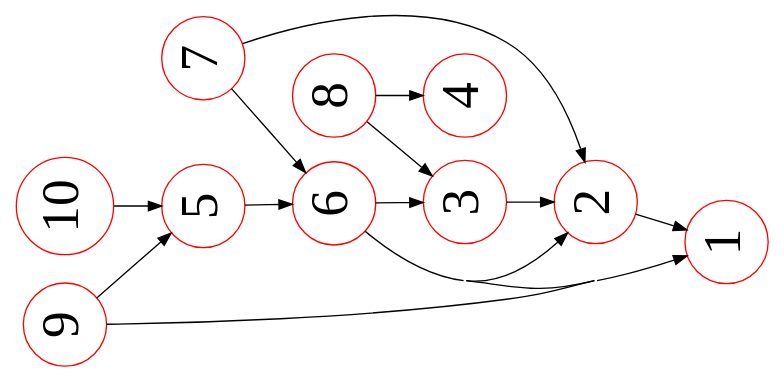
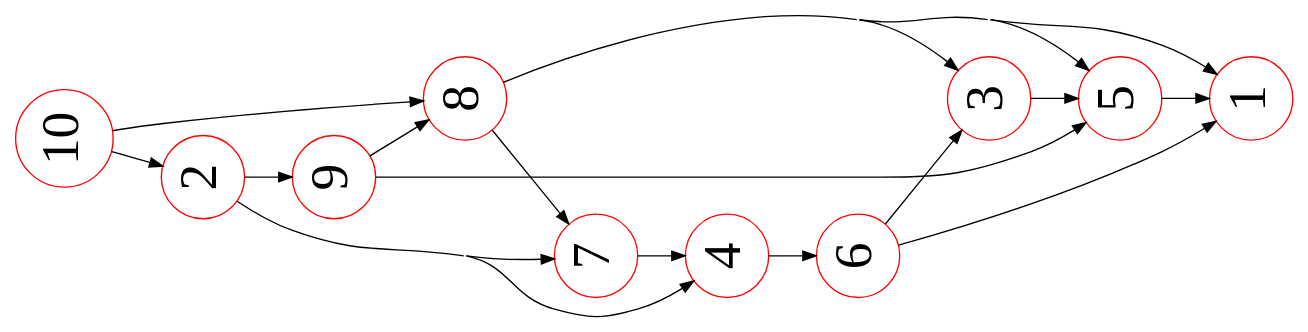
The diagram in src/bsp.dot (tragisch/WeightedNetwork), drawn with Graphviz before and after one commit. The commit also changed 14 other files, not shown here.

Commit message:
bugfixes + using ShowGraphviz.jl for visualiation.

```diff
--- a/src/bsp.dot
+++ b/src/bsp.dot
@@ -1,79 +1,33 @@
 digraph graphname {
-landscape=true;
+ landscape=true;
  center=1;
  concentrate=true;
  
  1 [shape=circle,color=red,height=0.05,fontsize=40,margin=0,width=0.05];
- 1 [shape=circle,color=red,height=0.05,fontsize=40,margin=0,width=0.05];
- 1 [shape=circle,color=red,height=0.05,fontsize=40,margin=0,width=0.05];
- 1 [shape=circle,color=red,height=0.05,fontsize=40,margin=0,width=0.05];
- 1 [shape=circle,color=red,height=0.05,fontsize=40,margin=0,width=0.05];
- 1 [shape=circle,color=red,height=0.05,fontsize=40,margin=0,width=0.05];
- 2 [shape=circle,color=red,height=0.05,fontsize=40,margin=0,width=0.05];
- 2 [shape=circle,color=red,height=0.05,fontsize=40,margin=0,width=0.05];
- 2 [shape=circle,color=red,height=0.05,fontsize=40,margin=0,width=0.05];
- 2 [shape=circle,color=red,height=0.05,fontsize=40,margin=0,width=0.05];
- 2 [shape=circle,color=red,height=0.05,fontsize=40,margin=0,width=0.05];
  2 [shape=circle,color=red,height=0.05,fontsize=40,margin=0,width=0.05];
  3 [shape=circle,color=red,height=0.05,fontsize=40,margin=0,width=0.05];
- 3 [shape=circle,color=red,height=0.05,fontsize=40,margin=0,width=0.05];
- 3 [shape=circle,color=red,height=0.05,fontsize=40,margin=0,width=0.05];
- 3 [shape=circle,color=red,height=0.05,fontsize=40,margin=0,width=0.05];
- 3 [shape=circle,color=red,height=0.05,fontsize=40,margin=0,width=0.05];
- 3 [shape=circle,color=red,height=0.05,fontsize=40,margin=0,width=0.05];
- 4 [shape=circle,color=red,height=0.05,fontsize=40,margin=0,width=0.05];
- 4 [shape=circle,color=red,height=0.05,fontsize=40,margin=0,width=0.05];
- 4 [shape=circle,color=red,height=0.05,fontsize=40,margin=0,width=0.05];
- 4 [shape=circle,color=red,height=0.05,fontsize=40,margin=0,width=0.05];
- 4 [shape=circle,color=red,height=0.05,fontsize=40,margin=0,width=0.05];
  4 [shape=circle,color=red,height=0.05,fontsize=40,margin=0,width=0.05];
  5 [shape=circle,color=red,height=0.05,fontsize=40,margin=0,width=0.05];
- 5 [shape=circle,color=red,height=0.05,fontsize=40,margin=0,width=0.05];
- 5 [shape=circle,color=red,height=0.05,fontsize=40,margin=0,width=0.05];
- 5 [shape=circle,color=red,height=0.05,fontsize=40,margin=0,width=0.05];
- 5 [shape=circle,color=red,height=0.05,fontsize=40,margin=0,width=0.05];
- 5 [shape=circle,color=red,height=0.05,fontsize=40,margin=0,width=0.05];
- 6 [shape=circle,color=red,height=0.05,fontsize=40,margin=0,width=0.05];
- 6 [shape=circle,color=red,height=0.05,fontsize=40,margin=0,width=0.05];
- 6 [shape=circle,color=red,height=0.05,fontsize=40,margin=0,width=0.05];
- 6 [shape=circle,color=red,height=0.05,fontsize=40,margin=0,width=0.05];
- 6 [shape=circle,color=red,height=0.05,fontsize=40,margin=0,width=0.05];
  6 [shape=circle,color=red,height=0.05,fontsize=40,margin=0,width=0.05];
  7 [shape=circle,color=red,height=0.05,fontsize=40,margin=0,width=0.05];
- 7 [shape=circle,color=red,height=0.05,fontsize=40,margin=0,width=0.05];
- 7 [shape=circle,color=red,height=0.05,fontsize=40,margin=0,width=0.05];
- 7 [shape=circle,color=red,height=0.05,fontsize=40,margin=0,width=0.05];
- 7 [shape=circle,color=red,height=0.05,fontsize=40,margin=0,width=0.05];
- 7 [shape=circle,color=red,height=0.05,fontsize=40,margin=0,width=0.05];
- 8 [shape=circle,color=red,height=0.05,fontsize=40,margin=0,width=0.05];
- 8 [shape=circle,color=red,height=0.05,fontsize=40,margin=0,width=0.05];
- 8 [shape=circle,color=red,height=0.05,fontsize=40,margin=0,width=0.05];
- 8 [shape=circle,color=red,height=0.05,fontsize=40,margin=0,width=0.05];
- 8 [shape=circle,color=red,height=0.05,fontsize=40,margin=0,width=0.05];
  8 [shape=circle,color=red,height=0.05,fontsize=40,margin=0,width=0.05];
  9 [shape=circle,color=red,height=0.05,fontsize=40,margin=0,width=0.05];
- 9 [shape=circle,color=red,height=0.05,fontsize=40,margin=0,width=0.05];
- 9 [shape=circle,color=red,height=0.05,fontsize=40,margin=0,width=0.05];
- 9 [shape=circle,color=red,height=0.05,fontsize=40,margin=0,width=0.05];
- 9 [shape=circle,color=red,height=0.05,fontsize=40,margin=0,width=0.05];
- 9 [shape=circle,color=red,height=0.05,fontsize=40,margin=0,width=0.05];
  10 [shape=circle,color=red,height=0.05,fontsize=40,margin=0,width=0.05];
- 10 [shape=circle,color=red,height=0.05,fontsize=40,margin=0,width=0.05];
- 10 [shape=circle,color=red,height=0.05,fontsize=40,margin=0,width=0.05];
- 10 [shape=circle,color=red,height=0.05,fontsize=40,margin=0,width=0.05];
- 10 [shape=circle,color=red,height=0.05,fontsize=40,margin=0,width=0.05];
- 10 [shape=circle,color=red,height=0.05,fontsize=40,margin=0,width=0.05];
- 2 -> 1 [fontsize=40,arrowtype=normal,arrowsize=1.0];
- 3 -> 2 [fontsize=40,arrowtype=normal,arrowsize=1.0];
- 5 -> 6 [fontsize=40,arrowtype=normal,arrowsize=1.0];
+ 2 -> 4 [fontsize=40,arrowtype=normal,arrowsize=1.0];
+ 2 -> 7 [fontsize=40,arrowtype=normal,arrowsize=1.0];
+ 2 -> 9 [fontsize=40,arrowtype=normal,arrowsize=1.0];
+ 3 -> 5 [fontsize=40,arrowtype=normal,arrowsize=1.0];
+ 4 -> 6 [fontsize=40,arrowtype=normal,arrowsize=1.0];
+ 5 -> 1 [fontsize=40,arrowtype=normal,arrowsize=1.0];
  6 -> 1 [fontsize=40,arrowtype=normal,arrowsize=1.0];
- 6 -> 2 [fontsize=40,arrowtype=normal,arrowsize=1.0];
  6 -> 3 [fontsize=40,arrowtype=normal,arrowsize=1.0];
- 7 -> 2 [fontsize=40,arrowtype=normal,arrowsize=1.0];
- 7 -> 6 [fontsize=40,arrowtype=normal,arrowsize=1.0];
+ 7 -> 4 [fontsize=40,arrowtype=normal,arrowsize=1.0];
+ 8 -> 1 [fontsize=40,arrowtype=normal,arrowsize=1.0];
  8 -> 3 [fontsize=40,arrowtype=normal,arrowsize=1.0];
- 8 -> 4 [fontsize=40,arrowtype=normal,arrowsize=1.0];
- 9 -> 1 [fontsize=40,arrowtype=normal,arrowsize=1.0];
+ 8 -> 5 [fontsize=40,arrowtype=normal,arrowsize=1.0];
+ 8 -> 7 [fontsize=40,arrowtype=normal,arrowsize=1.0];
  9 -> 5 [fontsize=40,arrowtype=normal,arrowsize=1.0];
- 10 -> 5 [fontsize=40,arrowtype=normal,arrowsize=1.0];
+ 9 -> 8 [fontsize=40,arrowtype=normal,arrowsize=1.0];
+ 10 -> 2 [fontsize=40,arrowtype=normal,arrowsize=1.0];
+ 10 -> 8 [fontsize=40,arrowtype=normal,arrowsize=1.0];
 }
```
